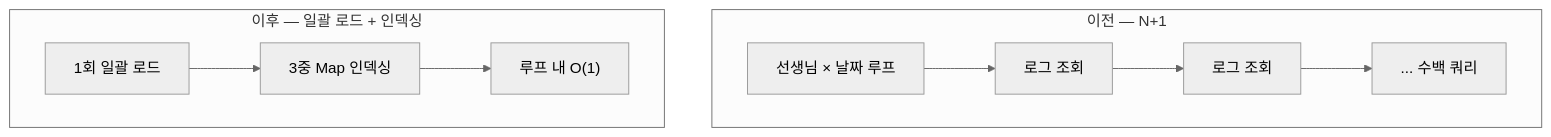
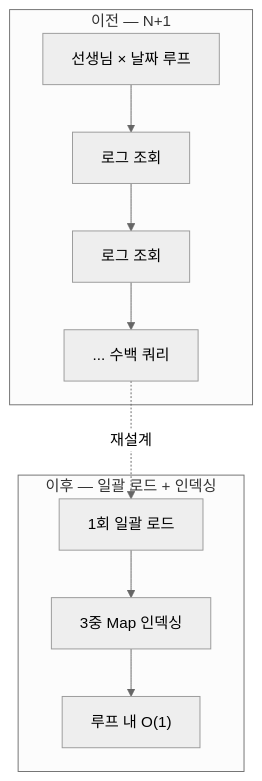
The fourth of 5 diagrams in moiso/README.md (thdwjdrl401/dev_retrospective), drawn with Mermaid (neutral theme) before and after one commit. The commit also changed other lines of this file and 1 other file, not shown here.

Commit message:
docs: 머메이드 비교 도식 순서(이전→이후) 고정
dirty-checking·N+1·Confetti 도식에 연결 화살표를 추가해 이전→이후 순서를 강제. 두 subgraph만으로는 렌더러(dagre)가 상하 순서를 보장하지 않던 문제.

````diff
--- a/moiso/README.md
+++ b/moiso/README.md
@@ -69,9 +70,10 @@
 ```mermaid
 flowchart TB
   subgraph before ["이전 — N+1"]
     L1["선생님 × 날짜 루프"] --> Q1["로그 조회"] --> Q2["로그 조회"] --> Q3["... 수백 쿼리"]
   end
   subgraph after ["이후 — 일괄 로드 + 인덱싱"]
     B1["1회 일괄 로드"] --> B2["3중 Map 인덱싱"] --> B3["루프 내 O(1)"]
   end
+  Q3 -. 재설계 .-> B1
 ```
````
